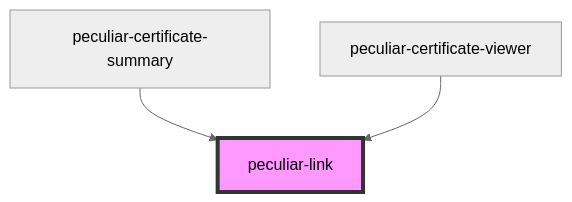
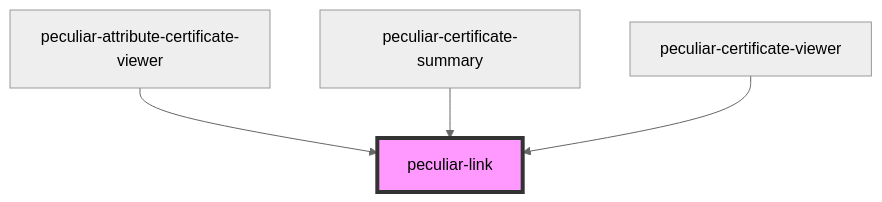
One commit to PeculiarVentures/pv-certificates-viewer changed the diagram in packages/webcomponents/src/components/link/readme.md. Above: the diagram before and after it, drawn with Mermaid (neutral theme). The commit also changed other lines of this file and 5 other files, not shown here.

Commit message:
feat(webcomponents): added render attributes and other info to AttributeCertificateViewer

````diff
--- a/packages/webcomponents/src/components/link/readme.md
+++ b/packages/webcomponents/src/components/link/readme.md
@@ -23,6 +24,7 @@
 ```mermaid
 graph TD;
+  peculiar-attribute-certificate-viewer --> peculiar-link
   peculiar-certificate-summary --> peculiar-link
   peculiar-certificate-viewer --> peculiar-link
   style peculiar-link fill:#f9f,stroke:#333,stroke-width:4px
 ```
````
